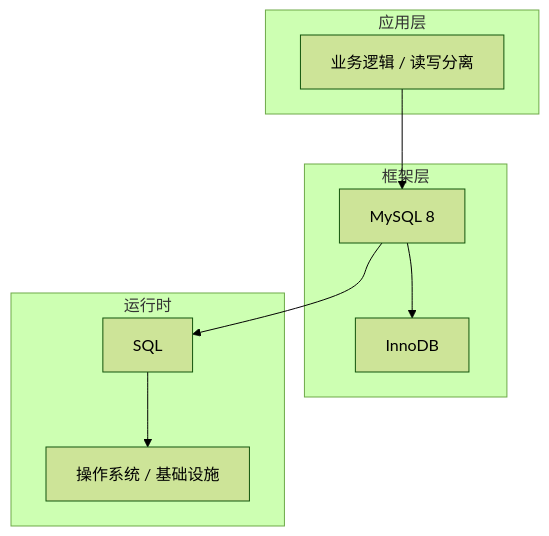
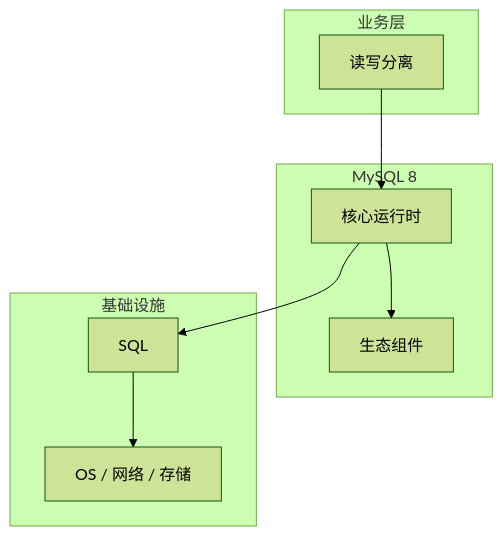
The diagram in articles/MySQL/chapters/121-读写分离核心概念与原理.md (yanggan2015/knowledge-json-v2), drawn with Mermaid (forest theme) before and after one commit. The commit also changed other lines of this file and 10127 other files, not shown here.

````diff
--- a/articles/MySQL/chapters/121-读写分离核心概念与原理.md
+++ b/articles/MySQL/chapters/121-读写分离核心概念与原理.md
@@ -45,18 +34,18 @@
 ```mermaid
 graph TB
-    subgraph 应用层
-        A[业务逻辑 / 读写分离]
+    subgraph 业务层
+        A[读写分离]
     end
-    subgraph 框架层
-        B[MySQL 8]
-        C[InnoDB]
+    subgraph MySQL 8
+        B[核心运行时]
+        C[生态组件]
     end
-    subgraph 运行时
+    subgraph 基础设施
         D[SQL]
-        E[操作系统 / 基础设施]
+        E[OS / 网络 / 存储]
     end
     A --> B
     B --> C
     B --> D
     D --> E
 ```
````
